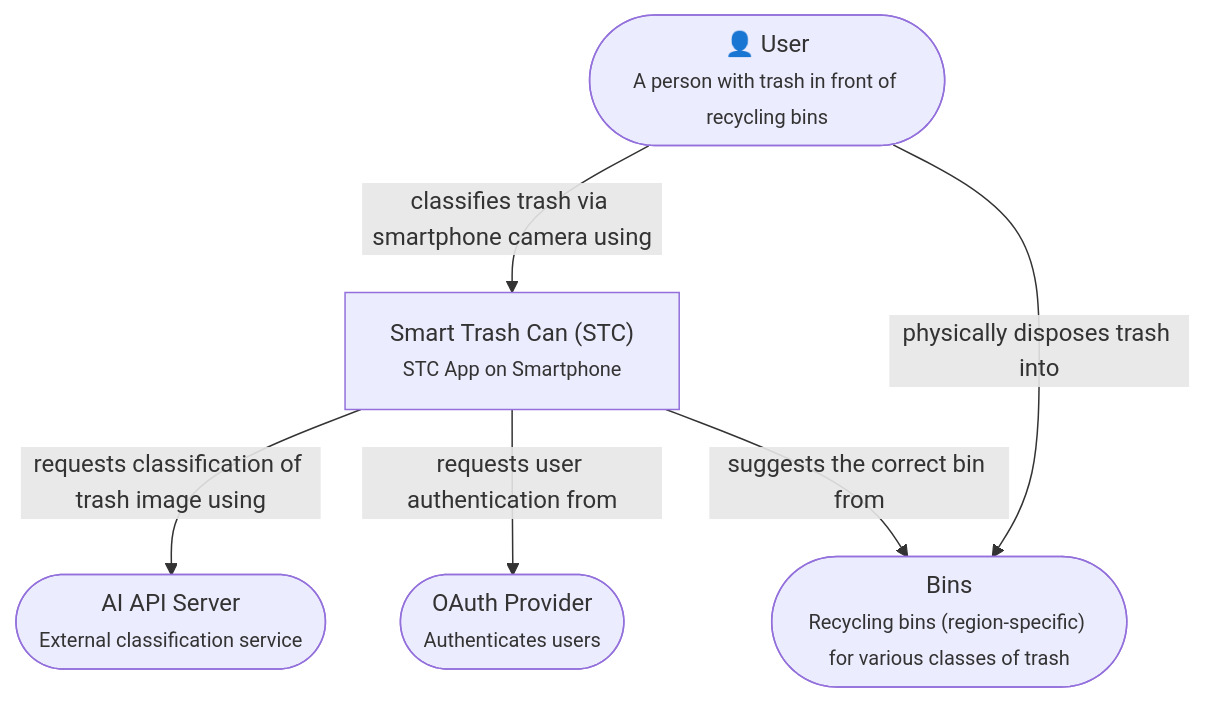
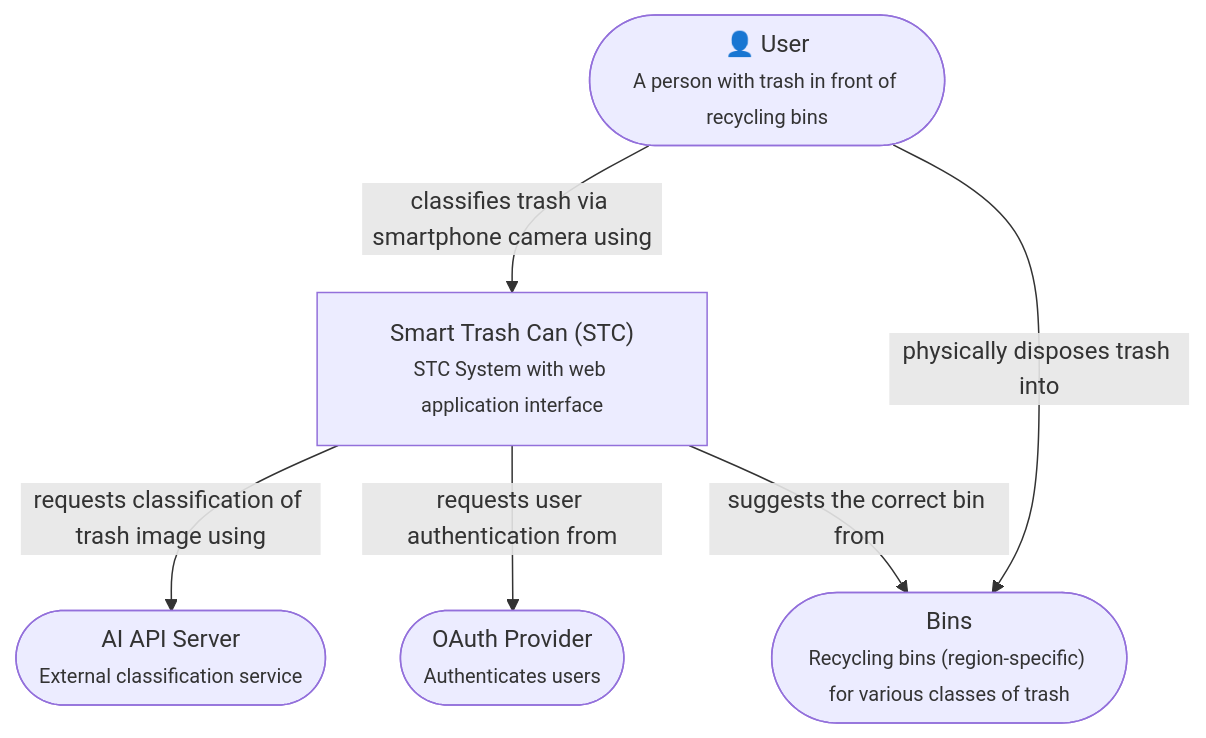
The first of 3 diagrams in docs/architecture.md (LeanSystemsLab/stc-app), drawn with Mermaid before and after one commit. The commit also changed other lines of this file and 31 other files, not shown here.

````diff
--- a/docs/architecture.md
+++ b/docs/architecture.md
@@ -64,16 +64,16 @@
 ```mermaid
 flowchart TD
     %% Nodes
     user(["👤 User<br/><small>A person with trash in front of recycling bins</small>"])
     oauth(["OAuth Provider<br/><small>Authenticates users</small>"])
-    stc["Smart Trash Can (STC)<br/><small>STC App on Smartphone</small>"]
+    stc["Smart Trash Can (STC)<br/><small>STC System with web application interface</small>"]
     bins(["Bins<br/><small>Recycling bins (region-specific) for various classes of trash</small>"])
     server(["AI API Server<br/><small>External classification service</small>"])
 
     %% Edges
     user -->| classifies trash via smartphone camera using | stc
     stc -->|requests classification of trash image using | server
     user -->|physically disposes trash into | bins
     stc -->|suggests the correct bin from | bins
     stc -->|requests user authentication from | oauth
 ```
````
